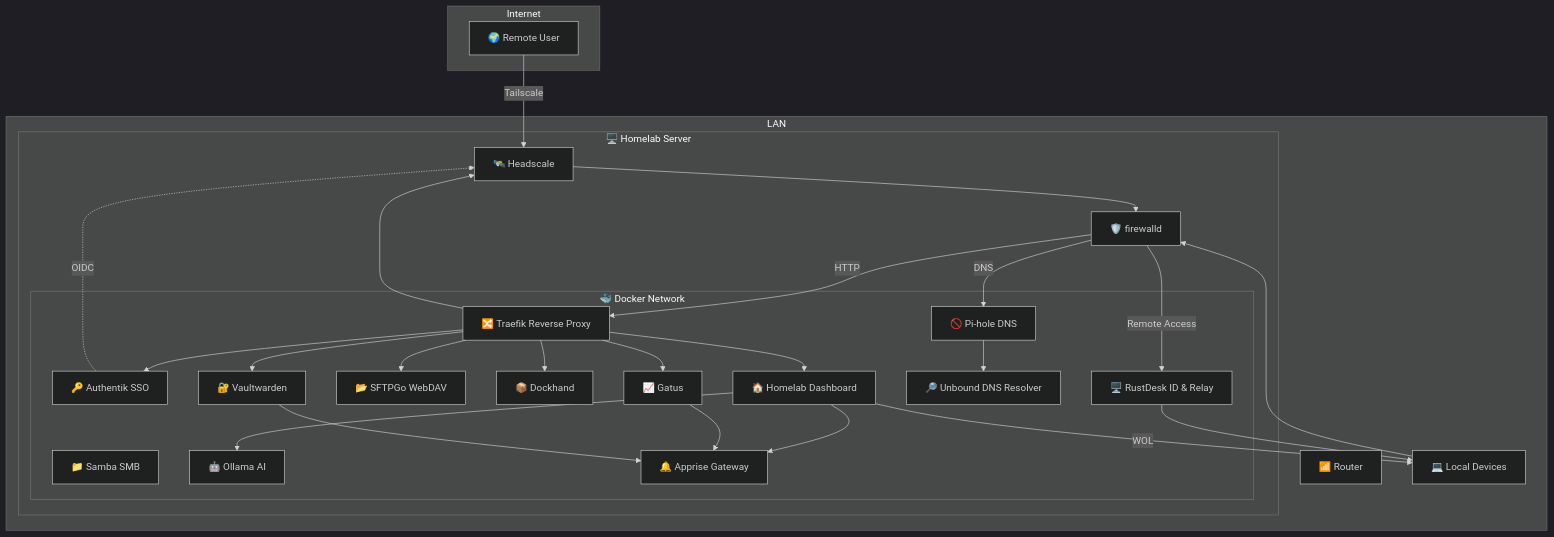
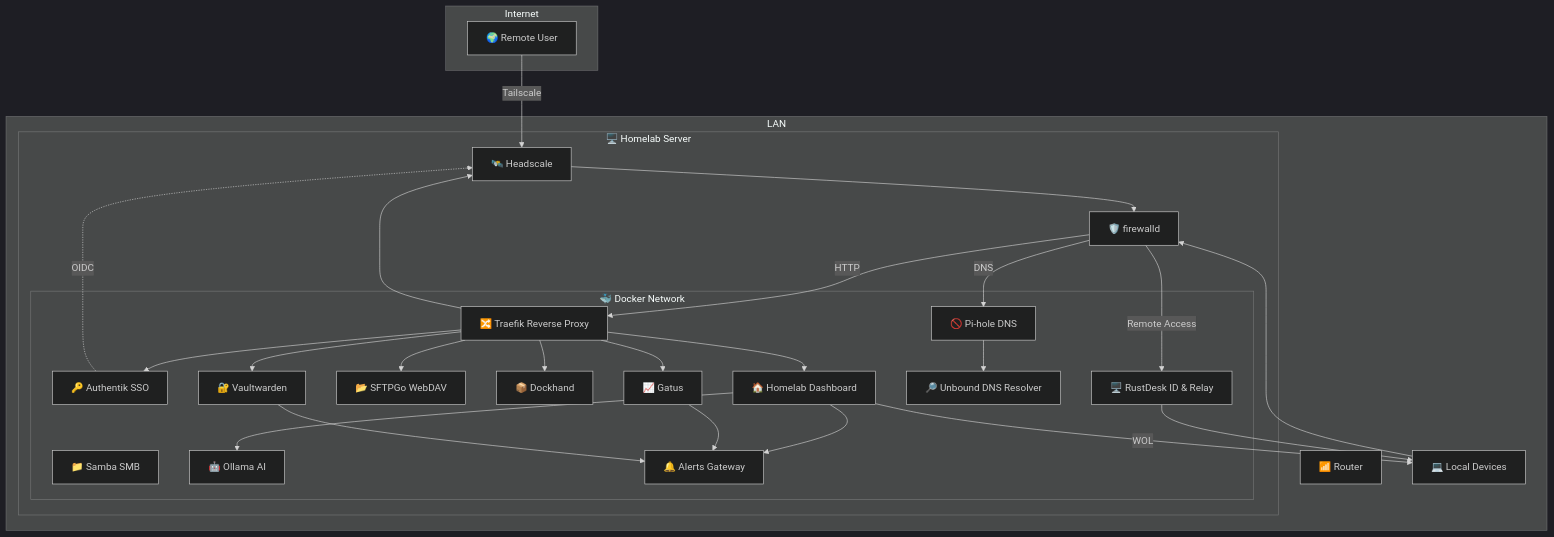
Before and after one commit to satsinush/homelab: the diagram in README.md, drawn with Mermaid. The commit also changed other lines of this file and 21 other files, not shown here.

````diff
--- a/README.md
+++ b/README.md
@@ -50,68 +50,68 @@
 ```mermaid
 %%{init: {
     "theme": "dark"
 }}%%
 graph TD
     %% INTERNET
     subgraph Internet
         RemoteClient[🌍 Remote User]
     end
 
     %% LAN
     subgraph LAN
         Router[📶 Router]
         LocalClient[💻 Local Devices]
 
         subgraph Server[🖥️ Homelab Server]
             Headscale[🛰️ Headscale]
             Firewall[🛡️ firewalld]
 
             subgraph Docker[🐳 Docker Network]
                 Traefik[🔀 Traefik Reverse Proxy]
                 Authentik[🔑 Authentik SSO]
                 Vaultwarden[🔐 Vaultwarden]
                 Samba[📁 Samba SMB]
                 WebDAV[📂 SFTPGo WebDAV]
                 Dockhand[📦 Dockhand]
                 Dashboard[🏠 Homelab Dashboard]
                 Ollama[🤖 Ollama AI]
                 Gatus[📈 Gatus]
-                Apprise[🔔 Apprise Gateway]
+                Alerts[🔔 Alerts Gateway]
                 Pihole[🚫 Pi-hole DNS]
                 Unbound[🔎 Unbound DNS Resolver]
                 Rustdesk[🖥️ RustDesk ID & Relay]
             end
         end
     end
 
     %% Entry chain
     RemoteClient -->|Tailscale| Headscale --> Firewall
     LocalClient --> Firewall
 
     %% DNS chain
     Pihole --> Unbound
     Firewall -->|DNS| Pihole
 
     %% Firewall routes
     Firewall -->|HTTP| Traefik
     Firewall -->|Remote Access| Rustdesk --> LocalClient
 
     %% Proxy/Auth flows
     Traefik --> Authentik
     Traefik --> Vaultwarden
     Traefik --> WebDAV
     Traefik --> Dockhand
     Traefik --> Dashboard
     Traefik --> Gatus
     Traefik --> Headscale
     Authentik -.->|OIDC| Headscale
 
     %% Dashboard flows
     Dashboard --> Ollama
     Dashboard -->|WOL| LocalClient
-    Dashboard --> Apprise
+    Dashboard --> Alerts
 
     %% Notifications
-    Gatus --> Apprise
-    Vaultwarden --> Apprise
+    Gatus --> Alerts
+    Vaultwarden --> Alerts
 ```
````
